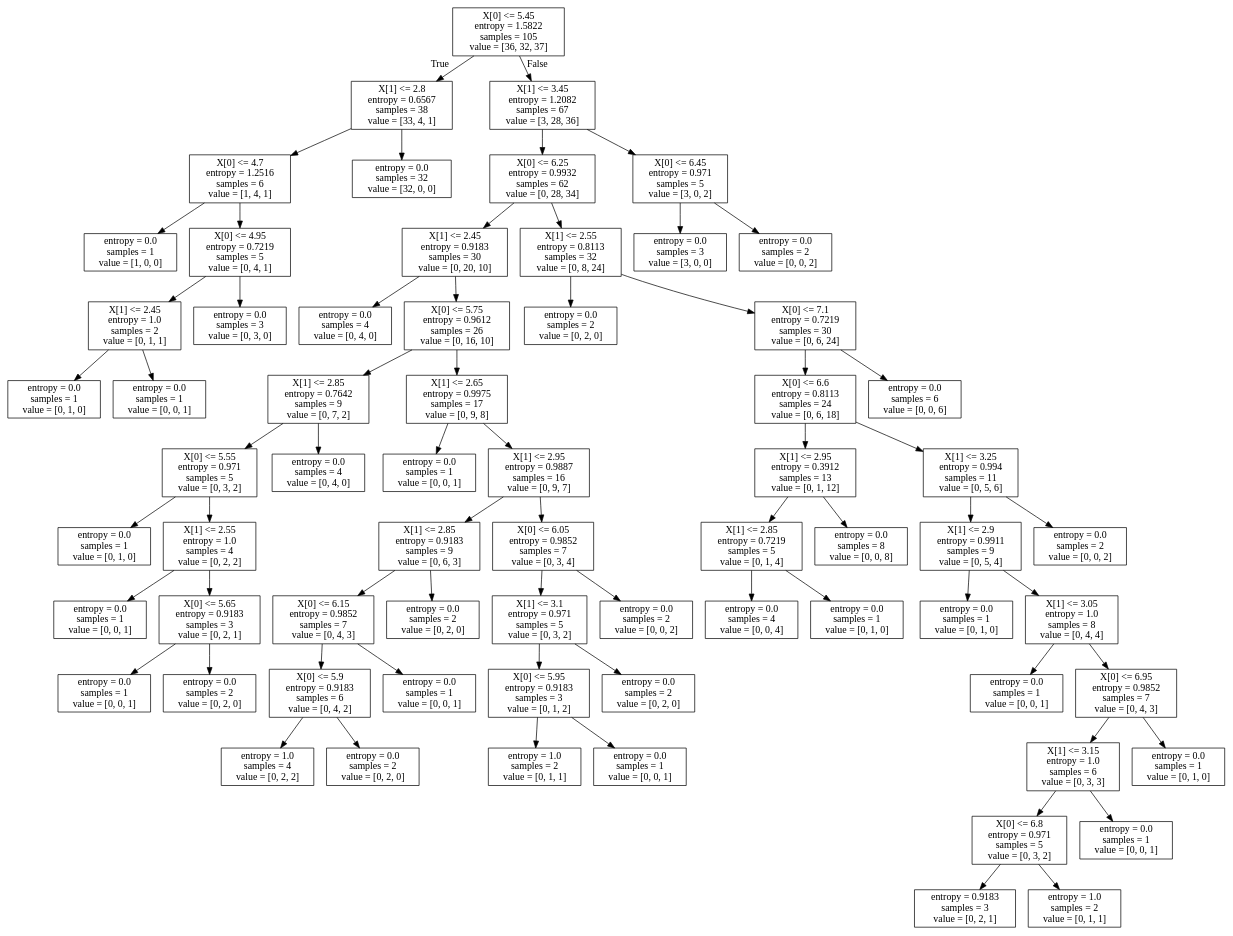
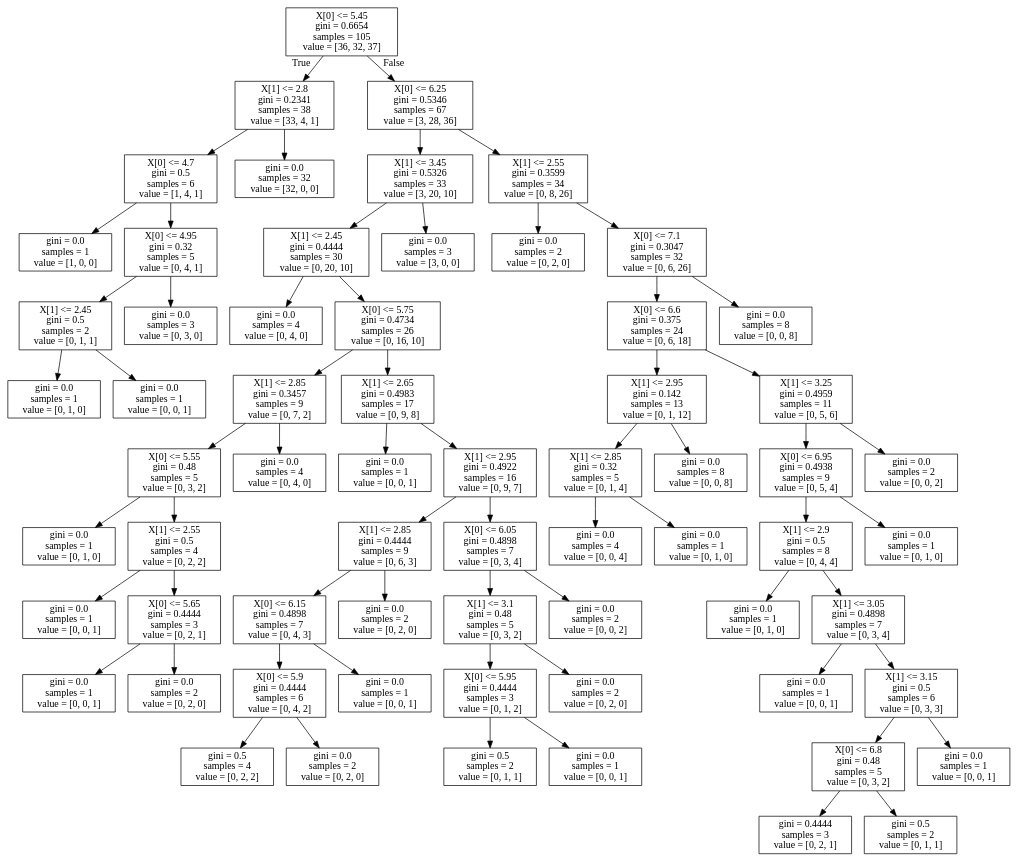
The diagram in ch3_decisiontree/iris.dot (zhoujf2010/MyMachineLearning), drawn with Graphviz before and after one commit.

```diff
--- a/ch3_decisiontree/iris.dot
+++ b/ch3_decisiontree/iris.dot
@@ -1,136 +1,132 @@
 digraph Tree {
 node [shape=box] ;
-0 [label="X[0] <= 5.45\nentropy = 1.5822\nsamples = 105\nvalue = [36, 32, 37]"] ;
-1 [label="X[1] <= 2.8\nentropy = 0.6567\nsamples = 38\nvalue = [33, 4, 1]"] ;
+0 [label="X[0] <= 5.45\ngini = 0.6654\nsamples = 105\nvalue = [36, 32, 37]"] ;
+1 [label="X[1] <= 2.8\ngini = 0.2341\nsamples = 38\nvalue = [33, 4, 1]"] ;
 0 -> 1 [labeldistance=2.5, labelangle=45, headlabel="True"] ;
-2 [label="X[0] <= 4.7\nentropy = 1.2516\nsamples = 6\nvalue = [1, 4, 1]"] ;
+2 [label="X[0] <= 4.7\ngini = 0.5\nsamples = 6\nvalue = [1, 4, 1]"] ;
 1 -> 2 ;
-3 [label="entropy = 0.0\nsamples = 1\nvalue = [1, 0, 0]"] ;
+3 [label="gini = 0.0\nsamples = 1\nvalue = [1, 0, 0]"] ;
 2 -> 3 ;
-4 [label="X[0] <= 4.95\nentropy = 0.7219\nsamples = 5\nvalue = [0, 4, 1]"] ;
+4 [label="X[0] <= 4.95\ngini = 0.32\nsamples = 5\nvalue = [0, 4, 1]"] ;
 2 -> 4 ;
-5 [label="X[1] <= 2.45\nentropy = 1.0\nsamples = 2\nvalue = [0, 1, 1]"] ;
+5 [label="X[1] <= 2.45\ngini = 0.5\nsamples = 2\nvalue = [0, 1, 1]"] ;
 4 -> 5 ;
-6 [label="entropy = 0.0\nsamples = 1\nvalue = [0, 1, 0]"] ;
+6 [label="gini = 0.0\nsamples = 1\nvalue = [0, 1, 0]"] ;
 5 -> 6 ;
-7 [label="entropy = 0.0\nsamples = 1\nvalue = [0, 0, 1]"] ;
+7 [label="gini = 0.0\nsamples = 1\nvalue = [0, 0, 1]"] ;
 5 -> 7 ;
-8 [label="entropy = 0.0\nsamples = 3\nvalue = [0, 3, 0]"] ;
+8 [label="gini = 0.0\nsamples = 3\nvalue = [0, 3, 0]"] ;
 4 -> 8 ;
-9 [label="entropy = 0.0\nsamples = 32\nvalue = [32, 0, 0]"] ;
+9 [label="gini = 0.0\nsamples = 32\nvalue = [32, 0, 0]"] ;
 1 -> 9 ;
-10 [label="X[1] <= 3.45\nentropy = 1.2082\nsamples = 67\nvalue = [3, 28, 36]"] ;
+10 [label="X[0] <= 6.25\ngini = 0.5346\nsamples = 67\nvalue = [3, 28, 36]"] ;
 0 -> 10 [labeldistance=2.5, labelangle=-45, headlabel="False"] ;
-11 [label="X[0] <= 6.25\nentropy = 0.9932\nsamples = 62\nvalue = [0, 28, 34]"] ;
+11 [label="X[1] <= 3.45\ngini = 0.5326\nsamples = 33\nvalue = [3, 20, 10]"] ;
 10 -> 11 ;
-12 [label="X[1] <= 2.45\nentropy = 0.9183\nsamples = 30\nvalue = [0, 20, 10]"] ;
+12 [label="X[1] <= 2.45\ngini = 0.4444\nsamples = 30\nvalue = [0, 20, 10]"] ;
 11 -> 12 ;
-13 [label="entropy = 0.0\nsamples = 4\nvalue = [0, 4, 0]"] ;
+13 [label="gini = 0.0\nsamples = 4\nvalue = [0, 4, 0]"] ;
 12 -> 13 ;
-14 [label="X[0] <= 5.75\nentropy = 0.9612\nsamples = 26\nvalue = [0, 16, 10]"] ;
+14 [label="X[0] <= 5.75\ngini = 0.4734\nsamples = 26\nvalue = [0, 16, 10]"] ;
 12 -> 14 ;
-15 [label="X[1] <= 2.85\nentropy = 0.7642\nsamples = 9\nvalue = [0, 7, 2]"] ;
+15 [label="X[1] <= 2.85\ngini = 0.3457\nsamples = 9\nvalue = [0, 7, 2]"] ;
 14 -> 15 ;
-16 [label="X[0] <= 5.55\nentropy = 0.971\nsamples = 5\nvalue = [0, 3, 2]"] ;
+16 [label="X[0] <= 5.55\ngini = 0.48\nsamples = 5\nvalue = [0, 3, 2]"] ;
 15 -> 16 ;
-17 [label="entropy = 0.0\nsamples = 1\nvalue = [0, 1, 0]"] ;
+17 [label="gini = 0.0\nsamples = 1\nvalue = [0, 1, 0]"] ;
 16 -> 17 ;
-18 [label="X[1] <= 2.55\nentropy = 1.0\nsamples = 4\nvalue = [0, 2, 2]"] ;
+18 [label="X[1] <= 2.55\ngini = 0.5\nsamples = 4\nvalue = [0, 2, 2]"] ;
 16 -> 18 ;
-19 [label="entropy = 0.0\nsamples = 1\nvalue = [0, 0, 1]"] ;
+19 [label="gini = 0.0\nsamples = 1\nvalue = [0, 0, 1]"] ;
 18 -> 19 ;
-20 [label="X[0] <= 5.65\nentropy = 0.9183\nsamples = 3\nvalue = [0, 2, 1]"] ;
+20 [label="X[0] <= 5.65\ngini = 0.4444\nsamples = 3\nvalue = [0, 2, 1]"] ;
 18 -> 20 ;
-21 [label="entropy = 0.0\nsamples = 1\nvalue = [0, 0, 1]"] ;
+21 [label="gini = 0.0\nsamples = 1\nvalue = [0, 0, 1]"] ;
 20 -> 21 ;
-22 [label="entropy = 0.0\nsamples = 2\nvalue = [0, 2, 0]"] ;
+22 [label="gini = 0.0\nsamples = 2\nvalue = [0, 2, 0]"] ;
 20 -> 22 ;
-23 [label="entropy = 0.0\nsamples = 4\nvalue = [0, 4, 0]"] ;
+23 [label="gini = 0.0\nsamples = 4\nvalue = [0, 4, 0]"] ;
 15 -> 23 ;
-24 [label="X[1] <= 2.65\nentropy = 0.9975\nsamples = 17\nvalue = [0, 9, 8]"] ;
+24 [label="X[1] <= 2.65\ngini = 0.4983\nsamples = 17\nvalue = [0, 9, 8]"] ;
 14 -> 24 ;
-25 [label="entropy = 0.0\nsamples = 1\nvalue = [0, 0, 1]"] ;
+25 [label="gini = 0.0\nsamples = 1\nvalue = [0, 0, 1]"] ;
 24 -> 25 ;
-26 [label="X[1] <= 2.95\nentropy = 0.9887\nsamples = 16\nvalue = [0, 9, 7]"] ;
+26 [label="X[1] <= 2.95\ngini = 0.4922\nsamples = 16\nvalue = [0, 9, 7]"] ;
 24 -> 26 ;
-27 [label="X[1] <= 2.85\nentropy = 0.9183\nsamples = 9\nvalue = [0, 6, 3]"] ;
+27 [label="X[1] <= 2.85\ngini = 0.4444\nsamples = 9\nvalue = [0, 6, 3]"] ;
 26 -> 27 ;
-28 [label="X[0] <= 6.15\nentropy = 0.9852\nsamples = 7\nvalue = [0, 4, 3]"] ;
+28 [label="X[0] <= 6.15\ngini = 0.4898\nsamples = 7\nvalue = [0, 4, 3]"] ;
 27 -> 28 ;
-29 [label="X[0] <= 5.9\nentropy = 0.9183\nsamples = 6\nvalue = [0, 4, 2]"] ;
+29 [label="X[0] <= 5.9\ngini = 0.4444\nsamples = 6\nvalue = [0, 4, 2]"] ;
 28 -> 29 ;
-30 [label="entropy = 1.0\nsamples = 4\nvalue = [0, 2, 2]"] ;
+30 [label="gini = 0.5\nsamples = 4\nvalue = [0, 2, 2]"] ;
 29 -> 30 ;
-31 [label="entropy = 0.0\nsamples = 2\nvalue = [0, 2, 0]"] ;
+31 [label="gini = 0.0\nsamples = 2\nvalue = [0, 2, 0]"] ;
 29 -> 31 ;
-32 [label="entropy = 0.0\nsamples = 1\nvalue = [0, 0, 1]"] ;
+32 [label="gini = 0.0\nsamples = 1\nvalue = [0, 0, 1]"] ;
 28 -> 32 ;
-33 [label="entropy = 0.0\nsamples = 2\nvalue = [0, 2, 0]"] ;
+33 [label="gini = 0.0\nsamples = 2\nvalue = [0, 2, 0]"] ;
 27 -> 33 ;
-34 [label="X[0] <= 6.05\nentropy = 0.9852\nsamples = 7\nvalue = [0, 3, 4]"] ;
+34 [label="X[0] <= 6.05\ngini = 0.4898\nsamples = 7\nvalue = [0, 3, 4]"] ;
 26 -> 34 ;
-35 [label="X[1] <= 3.1\nentropy = 0.971\nsamples = 5\nvalue = [0, 3, 2]"] ;
+35 [label="X[1] <= 3.1\ngini = 0.48\nsamples = 5\nvalue = [0, 3, 2]"] ;
 34 -> 35 ;
-36 [label="X[0] <= 5.95\nentropy = 0.9183\nsamples = 3\nvalue = [0, 1, 2]"] ;
+36 [label="X[0] <= 5.95\ngini = 0.4444\nsamples = 3\nvalue = [0, 1, 2]"] ;
 35 -> 36 ;
-37 [label="entropy = 1.0\nsamples = 2\nvalue = [0, 1, 1]"] ;
+37 [label="gini = 0.5\nsamples = 2\nvalue = [0, 1, 1]"] ;
 36 -> 37 ;
-38 [label="entropy = 0.0\nsamples = 1\nvalue = [0, 0, 1]"] ;
+38 [label="gini = 0.0\nsamples = 1\nvalue = [0, 0, 1]"] ;
 36 -> 38 ;
-39 [label="entropy = 0.0\nsamples = 2\nvalue = [0, 2, 0]"] ;
+39 [label="gini = 0.0\nsamples = 2\nvalue = [0, 2, 0]"] ;
 35 -> 39 ;
-40 [label="entropy = 0.0\nsamples = 2\nvalue = [0, 0, 2]"] ;
+40 [label="gini = 0.0\nsamples = 2\nvalue = [0, 0, 2]"] ;
 34 -> 40 ;
-41 [label="X[1] <= 2.55\nentropy = 0.8113\nsamples = 32\nvalue = [0, 8, 24]"] ;
+41 [label="gini = 0.0\nsamples = 3\nvalue = [3, 0, 0]"] ;
 11 -> 41 ;
-42 [label="entropy = 0.0\nsamples = 2\nvalue = [0, 2, 0]"] ;
-41 -> 42 ;
-43 [label="X[0] <= 7.1\nentropy = 0.7219\nsamples = 30\nvalue = [0, 6, 24]"] ;
-41 -> 43 ;
-44 [label="X[0] <= 6.6\nentropy = 0.8113\nsamples = 24\nvalue = [0, 6, 18]"] ;
-43 -> 44 ;
-45 [label="X[1] <= 2.95\nentropy = 0.3912\nsamples = 13\nvalue = [0, 1, 12]"] ;
+42 [label="X[1] <= 2.55\ngini = 0.3599\nsamples = 34\nvalue = [0, 8, 26]"] ;
+10 -> 42 ;
+43 [label="gini = 0.0\nsamples = 2\nvalue = [0, 2, 0]"] ;
+42 -> 43 ;
+44 [label="X[0] <= 7.1\ngini = 0.3047\nsamples = 32\nvalue = [0, 6, 26]"] ;
+42 -> 44 ;
+45 [label="X[0] <= 6.6\ngini = 0.375\nsamples = 24\nvalue = [0, 6, 18]"] ;
 44 -> 45 ;
-46 [label="X[1] <= 2.85\nentropy = 0.7219\nsamples = 5\nvalue = [0, 1, 4]"] ;
+46 [label="X[1] <= 2.95\ngini = 0.142\nsamples = 13\nvalue = [0, 1, 12]"] ;
 45 -> 46 ;
-47 [label="entropy = 0.0\nsamples = 4\nvalue = [0, 0, 4]"] ;
+47 [label="X[1] <= 2.85\ngini = 0.32\nsamples = 5\nvalue = [0, 1, 4]"] ;
 46 -> 47 ;
-48 [label="entropy = 0.0\nsamples = 1\nvalue = [0, 1, 0]"] ;
-46 -> 48 ;
-49 [label="entropy = 0.0\nsamples = 8\nvalue = [0, 0, 8]"] ;
-45 -> 49 ;
-50 [label="X[1] <= 3.25\nentropy = 0.994\nsamples = 11\nvalue = [0, 5, 6]"] ;
-44 -> 50 ;
-51 [label="X[1] <= 2.9\nentropy = 0.9911\nsamples = 9\nvalue = [0, 5, 4]"] ;
-50 -> 51 ;
-52 [label="entropy = 0.0\nsamples = 1\nvalue = [0, 1, 0]"] ;
+48 [label="gini = 0.0\nsamples = 4\nvalue = [0, 0, 4]"] ;
+47 -> 48 ;
+49 [label="gini = 0.0\nsamples = 1\nvalue = [0, 1, 0]"] ;
+47 -> 49 ;
+50 [label="gini = 0.0\nsamples = 8\nvalue = [0, 0, 8]"] ;
+46 -> 50 ;
+51 [label="X[1] <= 3.25\ngini = 0.4959\nsamples = 11\nvalue = [0, 5, 6]"] ;
+45 -> 51 ;
+52 [label="X[0] <= 6.95\ngini = 0.4938\nsamples = 9\nvalue = [0, 5, 4]"] ;
 51 -> 52 ;
-53 [label="X[1] <= 3.05\nentropy = 1.0\nsamples = 8\nvalue = [0, 4, 4]"] ;
-51 -> 53 ;
-54 [label="entropy = 0.0\nsamples = 1\nvalue = [0, 0, 1]"] ;
+53 [label="X[1] <= 2.9\ngini = 0.5\nsamples = 8\nvalue = [0, 4, 4]"] ;
+52 -> 53 ;
+54 [label="gini = 0.0\nsamples = 1\nvalue = [0, 1, 0]"] ;
 53 -> 54 ;
-55 [label="X[0] <= 6.95\nentropy = 0.9852\nsamples = 7\nvalue = [0, 4, 3]"] ;
+55 [label="X[1] <= 3.05\ngini = 0.4898\nsamples = 7\nvalue = [0, 3, 4]"] ;
 53 -> 55 ;
-56 [label="X[1] <= 3.15\nentropy = 1.0\nsamples = 6\nvalue = [0, 3, 3]"] ;
+56 [label="gini = 0.0\nsamples = 1\nvalue = [0, 0, 1]"] ;
 55 -> 56 ;
-57 [label="X[0] <= 6.8\nentropy = 0.971\nsamples = 5\nvalue = [0, 3, 2]"] ;
-56 -> 57 ;
-58 [label="entropy = 0.9183\nsamples = 3\nvalue = [0, 2, 1]"] ;
+57 [label="X[1] <= 3.15\ngini = 0.5\nsamples = 6\nvalue = [0, 3, 3]"] ;
+55 -> 57 ;
+58 [label="X[0] <= 6.8\ngini = 0.48\nsamples = 5\nvalue = [0, 3, 2]"] ;
 57 -> 58 ;
-59 [label="entropy = 1.0\nsamples = 2\nvalue = [0, 1, 1]"] ;
-57 -> 59 ;
-60 [label="entropy = 0.0\nsamples = 1\nvalue = [0, 0, 1]"] ;
-56 -> 60 ;
-61 [label="entropy = 0.0\nsamples = 1\nvalue = [0, 1, 0]"] ;
-55 -> 61 ;
-62 [label="entropy = 0.0\nsamples = 2\nvalue = [0, 0, 2]"] ;
-50 -> 62 ;
-63 [label="entropy = 0.0\nsamples = 6\nvalue = [0, 0, 6]"] ;
-43 -> 63 ;
-64 [label="X[0] <= 6.45\nentropy = 0.971\nsamples = 5\nvalue = [3, 0, 2]"] ;
-10 -> 64 ;
-65 [label="entropy = 0.0\nsamples = 3\nvalue = [3, 0, 0]"] ;
-64 -> 65 ;
-66 [label="entropy = 0.0\nsamples = 2\nvalue = [0, 0, 2]"] ;
-64 -> 66 ;
+59 [label="gini = 0.4444\nsamples = 3\nvalue = [0, 2, 1]"] ;
+58 -> 59 ;
+60 [label="gini = 0.5\nsamples = 2\nvalue = [0, 1, 1]"] ;
+58 -> 60 ;
+61 [label="gini = 0.0\nsamples = 1\nvalue = [0, 0, 1]"] ;
+57 -> 61 ;
+62 [label="gini = 0.0\nsamples = 1\nvalue = [0, 1, 0]"] ;
+52 -> 62 ;
+63 [label="gini = 0.0\nsamples = 2\nvalue = [0, 0, 2]"] ;
+51 -> 63 ;
+64 [label="gini = 0.0\nsamples = 8\nvalue = [0, 0, 8]"] ;
+44 -> 64 ;
 }
```
